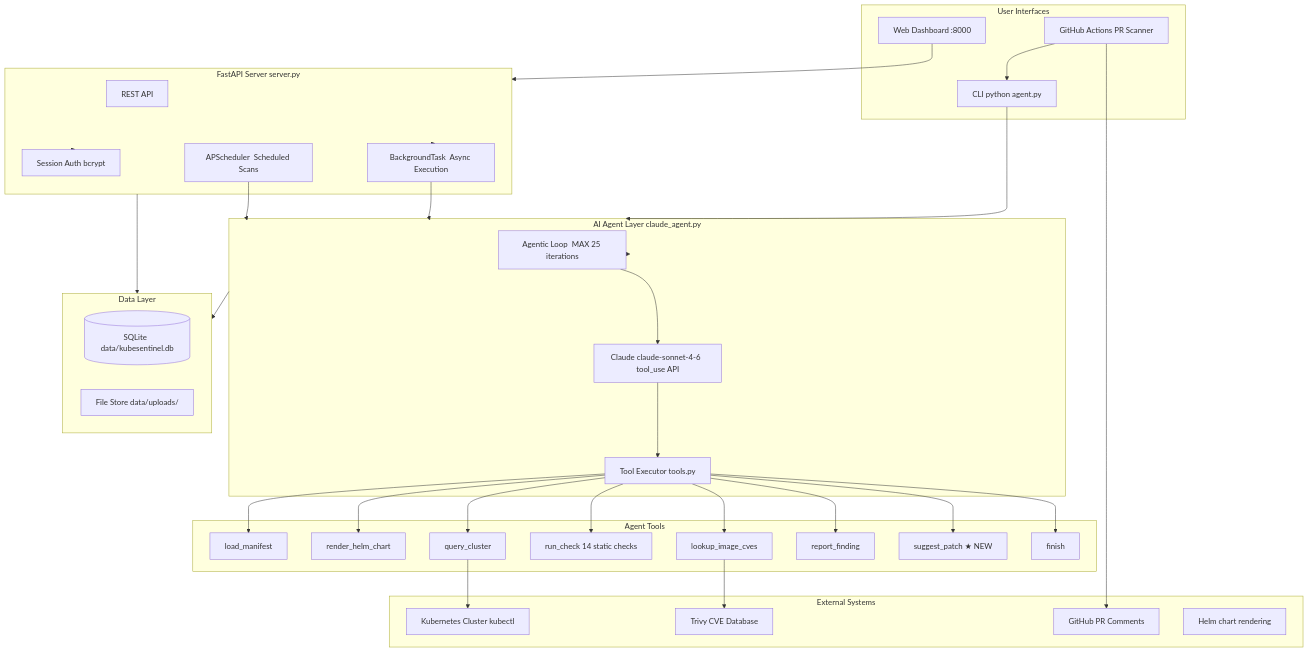
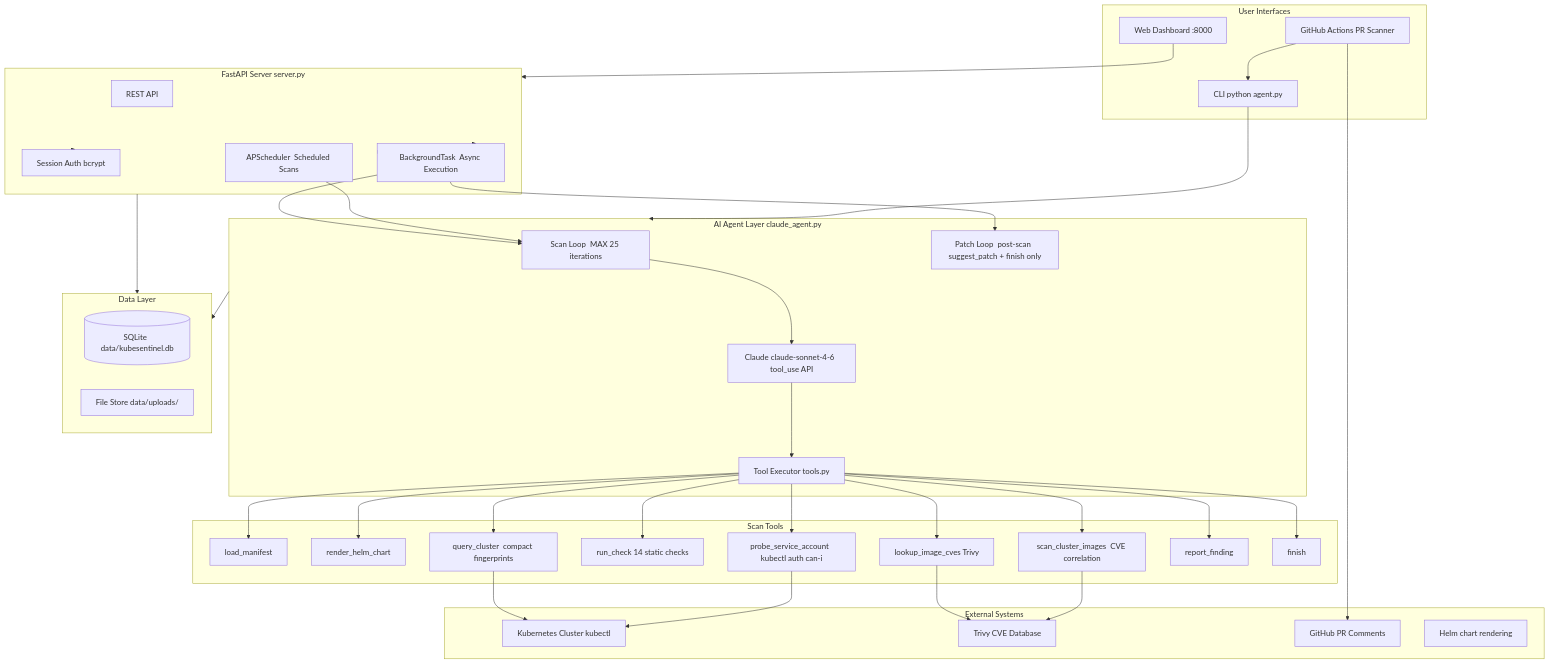
Before and after one commit to jaydenaung/k8s-yaml-misconfig-checker-agent: the diagram in README.md, drawn with Mermaid. The commit also changed other lines of this file and 1 other file, not shown here.

````diff
--- a/README.md
+++ b/README.md
@@ -36,58 +36,62 @@
 ```mermaid
 graph TB
     subgraph Interfaces["User Interfaces"]
         CLI["CLI  python agent.py"]
         WEB["Web Dashboard  :8000"]
         GHA["GitHub Actions  PR Scanner"]
     end
 
     subgraph Server["FastAPI Server  server.py"]
         API["REST API"]
         AUTH["Session Auth  bcrypt"]
         SCHED["APScheduler  Scheduled Scans"]
         BG["BackgroundTask  Async Execution"]
     end
 
     subgraph Agent["AI Agent Layer  claude_agent.py"]
-        LOOP["Agentic Loop  MAX 25 iterations"]
+        LOOP["Scan Loop  MAX 25 iterations"]
         CLAUDE["Claude claude-sonnet-4-6  tool_use API"]
         TOOLS["Tool Executor  tools.py"]
+        PATCH["Patch Loop  post-scan  suggest_patch + finish only"]
     end
 
-    subgraph ToolSet["Agent Tools"]
+    subgraph ToolSet["Scan Tools"]
         T1["load_manifest"]
         T2["render_helm_chart"]
-        T3["query_cluster"]
+        T3["query_cluster  compact fingerprints"]
         T4["run_check  14 static checks"]
-        T5["lookup_image_cves"]
-        T6["report_finding"]
-        T7["suggest_patch ★ NEW"]
-        T8["finish"]
+        T5["lookup_image_cves  Trivy"]
+        T6["probe_service_account  kubectl auth can-i"]
+        T7["scan_cluster_images  CVE correlation"]
+        T8["report_finding"]
+        T9["finish"]
     end
 
     subgraph Storage["Data Layer"]
         DB[("SQLite  data/kubesentinel.db")]
         FS["File Store  data/uploads/"]
     end
 
     subgraph External["External Systems"]
         K8S["Kubernetes Cluster  kubectl"]
         TRIVY["Trivy  CVE Database"]
         GH["GitHub  PR Comments"]
         HELM["Helm  chart rendering"]
     end
 
     CLI --> Agent
     WEB --> Server
     GHA --> CLI
-    Server --> BG --> Agent
-    SCHED --> Agent
-    Agent --> LOOP --> CLAUDE --> TOOLS
-    TOOLS --> T1 & T2 & T3 & T4 & T5 & T6 & T7 & T8
+    Server --> BG --> LOOP
+    Server --> BG --> PATCH
+    SCHED --> LOOP
+    LOOP --> CLAUDE --> TOOLS
+    TOOLS --> T1 & T2 & T3 & T4 & T5 & T6 & T7 & T8 & T9
     T3 --> K8S
-    T5 --> TRIVY
+    T5 & T7 --> TRIVY
+    T6 --> K8S
     Agent --> Storage
     Server --> Storage
     Server --> AUTH
     GHA --> GH
 ```
````
